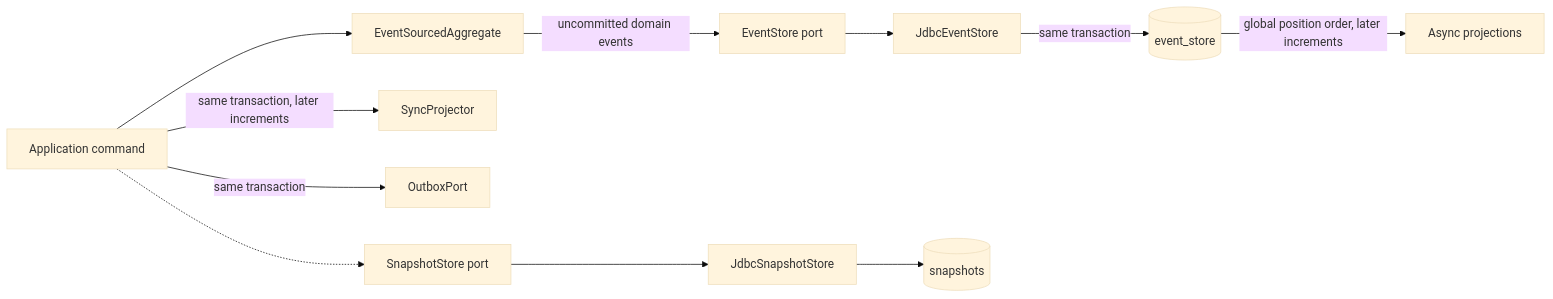
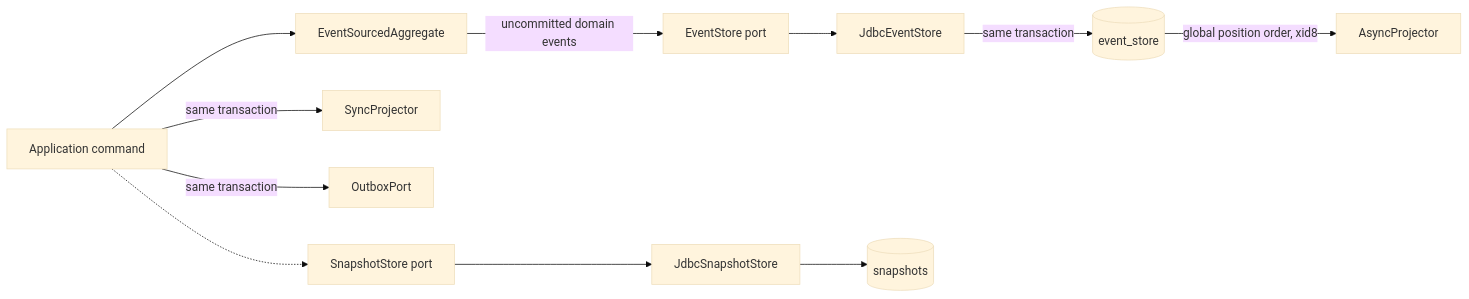
Before and after one commit to Andersonlimahw/java-clean-arch-sample: the first of 6 diagrams in docs/architecture.md, drawn with Mermaid (base theme). The commit also changed other lines of this file and 110 other files, not shown here.

First line of the commit message:
feat(event-sourcing): complete aggregate streams and hybrid projections

````diff
--- a/docs/architecture.md
+++ b/docs/architecture.md
@@ -19,13 +19,13 @@
 ```mermaid
 flowchart LR
     Command[Application command] --> Aggregate[EventSourcedAggregate]
     Aggregate -->|uncommitted domain events| StorePort[EventStore port]
     StorePort --> JdbcStore[JdbcEventStore]
     JdbcStore -->|same transaction| EventLog[(event_store)]
-    Command -->|same transaction, later increments| Projector[SyncProjector]
+    Command -->|same transaction| Projector[SyncProjector]
     Command -->|same transaction| Outbox[OutboxPort]
-    EventLog -->|global position order, later increments| Async[Async projections]
+    EventLog -->|global position order, xid8| Async[AsyncProjector]
     Command -.-> SnapshotPort[SnapshotStore port]
     SnapshotPort --> JdbcSnapshot[JdbcSnapshotStore]
     JdbcSnapshot --> Snapshots[(snapshots)]
 ```
````
